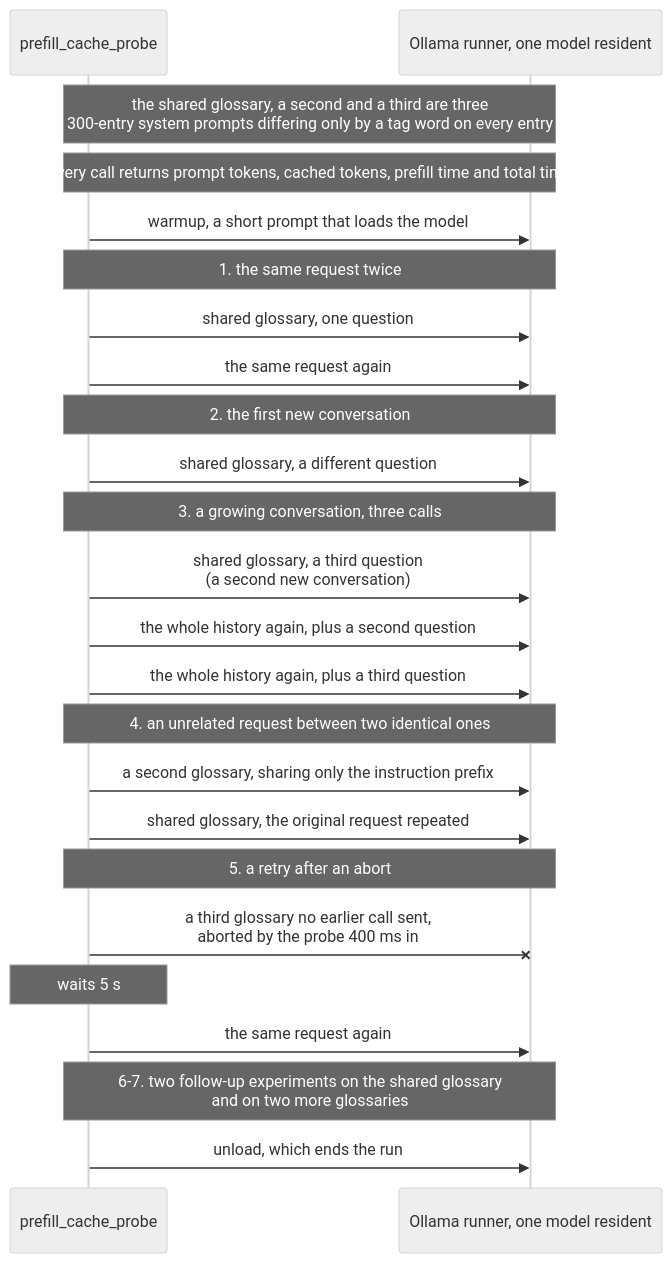
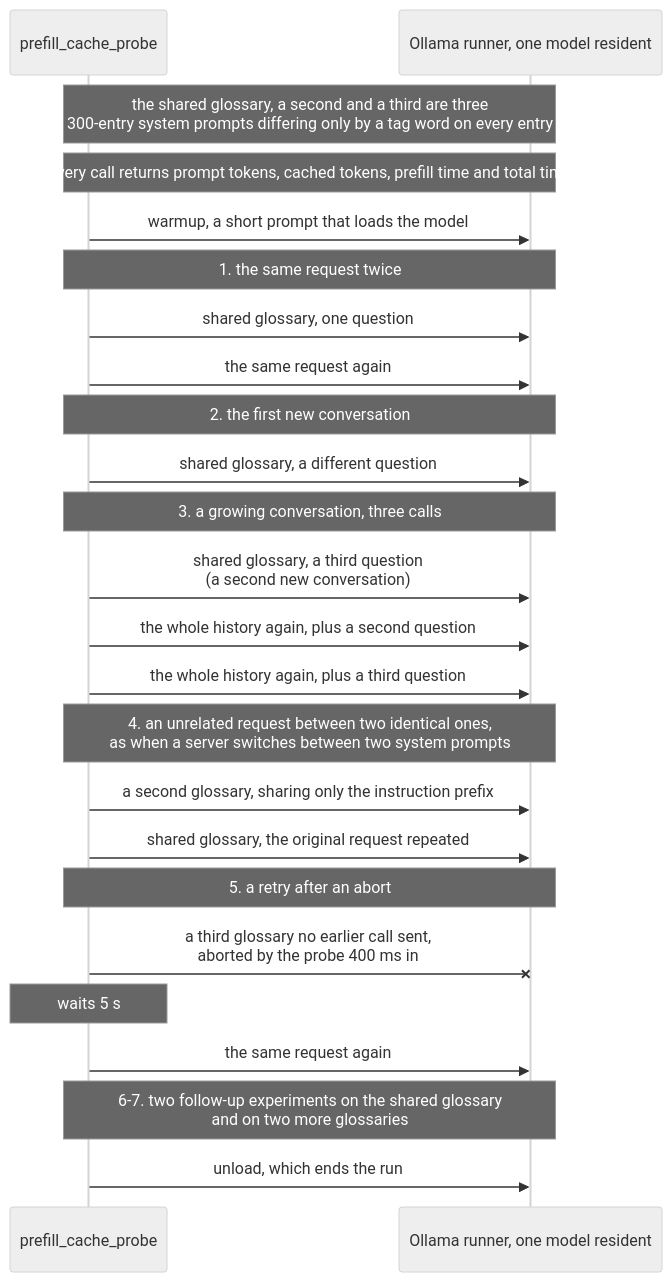
Before and after one commit to freemansoft/Flutter-AdaptiveCards: the first of 3 diagrams in adaptive_chat_server_dart/blog/article-8-prompt-cache-draft.md, drawn with Mermaid (neutral theme). The commit also changed other lines of this file and 2 other files, not shown here.

````diff
--- a/adaptive_chat_server_dart/blog/article-8-prompt-cache-draft.md
+++ b/adaptive_chat_server_dart/blog/article-8-prompt-cache-draft.md
@@ -71,34 +66,34 @@
 ```mermaid
 sequenceDiagram
   participant P as prefill_cache_probe
   participant O as Ollama runner, one model resident
 
   Note over P,O: the shared glossary, a second and a third are three<br/>300-entry system prompts differing only by a tag word on every entry
   Note over P,O: every call returns prompt tokens, cached tokens, prefill time and total time
 
   P->>O: warmup, a short prompt that loads the model
 
   Note over P,O: 1. the same request twice
   P->>O: shared glossary, one question
   P->>O: the same request again
 
   Note over P,O: 2. the first new conversation
   P->>O: shared glossary, a different question
 
   Note over P,O: 3. a growing conversation, three calls
   P->>O: shared glossary, a third question<br/>(a second new conversation)
   P->>O: the whole history again, plus a second question
   P->>O: the whole history again, plus a third question
 
-  Note over P,O: 4. an unrelated request between two identical ones
+  Note over P,O: 4. an unrelated request between two identical ones,<br/>as when a server switches between two system prompts
   P->>O: a second glossary, sharing only the instruction prefix
   P->>O: shared glossary, the original request repeated
 
   Note over P,O: 5. a retry after an abort
   P-xO: a third glossary no earlier call sent,<br/>aborted by the probe 400 ms in
   Note over P: waits 5 s
   P->>O: the same request again
 
   Note over P,O: 6-7. two follow-up experiments on the shared glossary<br/>and on two more glossaries
   P->>O: unload, which ends the run
 ```
````
